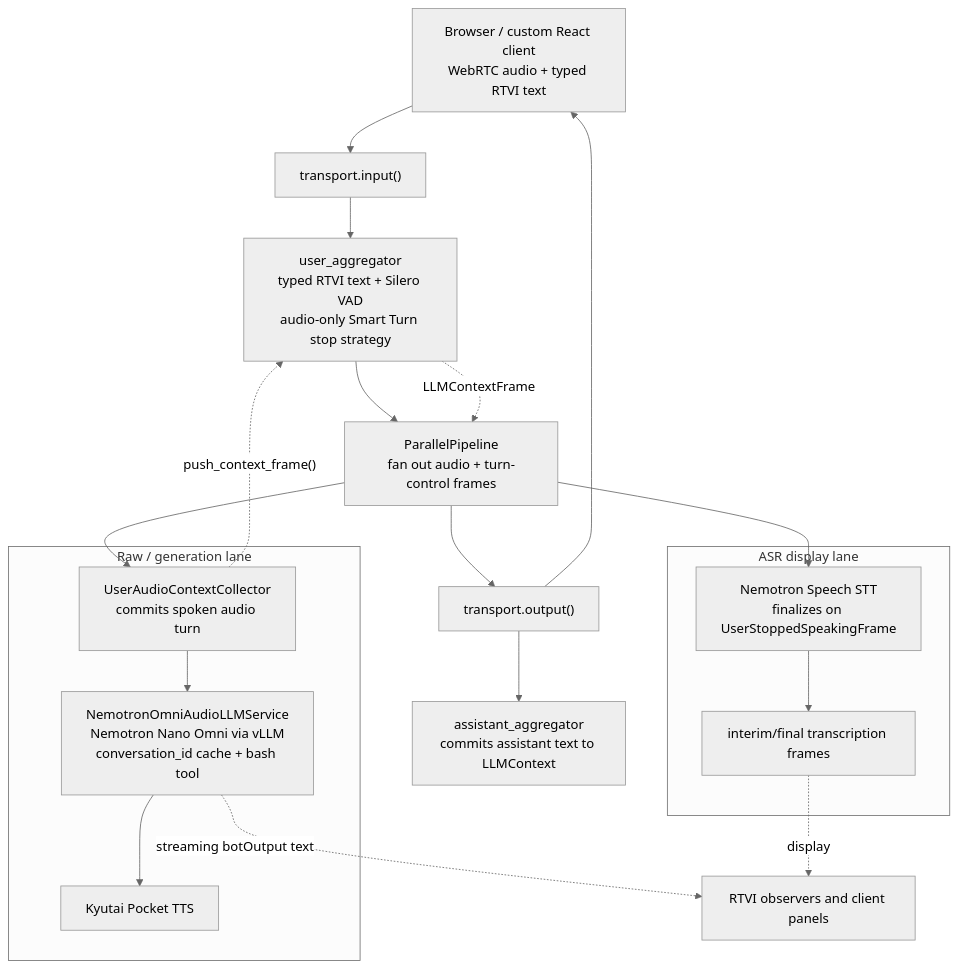
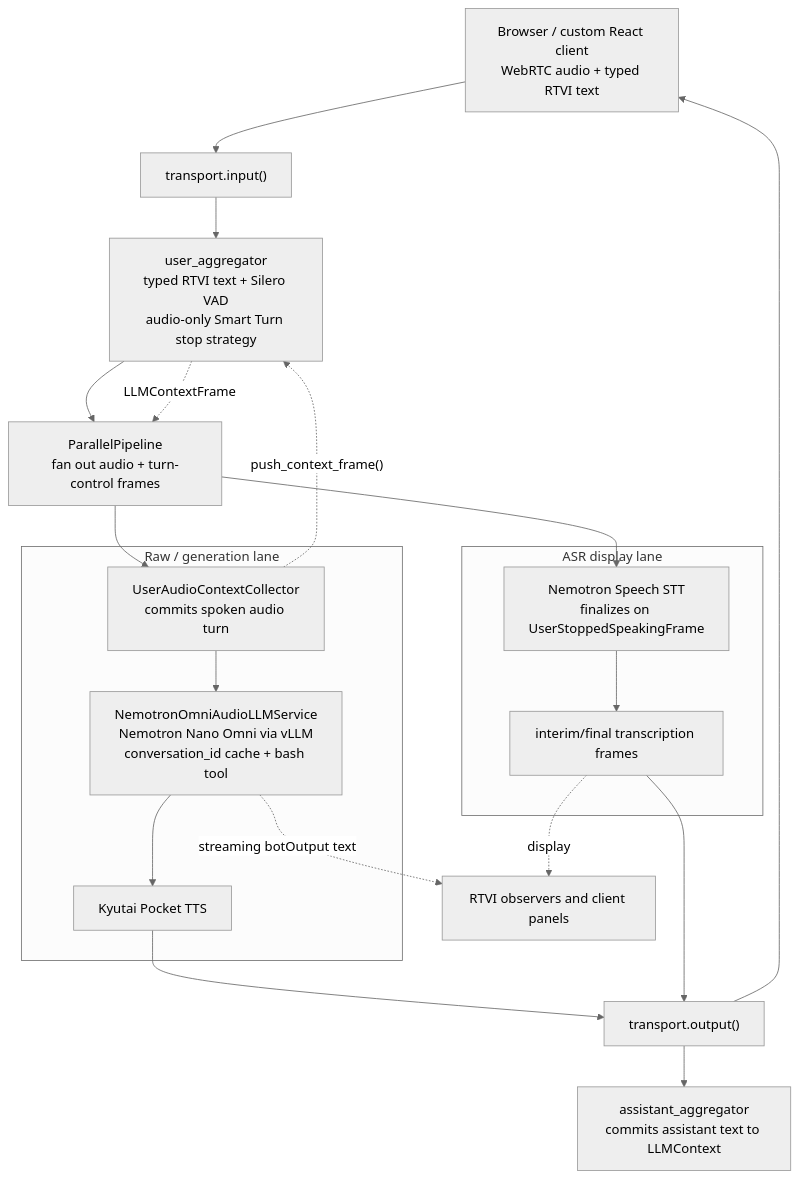
One commit to kwindla/nemotron-nano-omni changed the diagram in README.md. Above: the diagram before and after it, drawn with Mermaid (neutral theme).

Commit message:
Fix pipeline diagram branch merge

````diff
--- a/README.md
+++ b/README.md
@@ -114,32 +114,33 @@
 ```mermaid
 flowchart TD
   Browser["Browser / custom React client<br/>WebRTC audio + typed RTVI text"] --> TransportIn["transport.input()"]
   TransportIn --> UserAgg["user_aggregator<br/>typed RTVI text + Silero VAD<br/>audio-only Smart Turn stop strategy"]
   UserAgg --> Parallel["ParallelPipeline<br/>fan out audio + turn-control frames"]
 
   subgraph RawLane["Raw / generation lane"]
     AudioCollector["UserAudioContextCollector<br/>commits spoken audio turn"]
     LLM["NemotronOmniAudioLLMService<br/>Nemotron Nano Omni via vLLM<br/>conversation_id cache + bash tool"]
     TTS["Kyutai Pocket TTS"]
 
     AudioCollector --> LLM --> TTS
   end
 
   subgraph AsrLane["ASR display lane"]
     STT["Nemotron Speech STT<br/>finalizes on UserStoppedSpeakingFrame"]
     TranscriptFrames["interim/final transcription frames"]
 
     STT --> TranscriptFrames
   end
 
   Parallel --> AudioCollector
   Parallel --> STT
 
-  Parallel --> TransportOut["transport.output()"]
+  TTS --> TransportOut["transport.output()"]
+  TranscriptFrames --> TransportOut
   TransportOut --> AssistantAgg["assistant_aggregator<br/>commits assistant text to LLMContext"]
   TransportOut --> Browser
   AudioCollector -. "push_context_frame()" .-> UserAgg
   UserAgg -. "LLMContextFrame" .-> Parallel
   TranscriptFrames -. "display" .-> RTVI["RTVI observers and client panels"]
   LLM -. "streaming botOutput text" .-> RTVI
 ```
````
